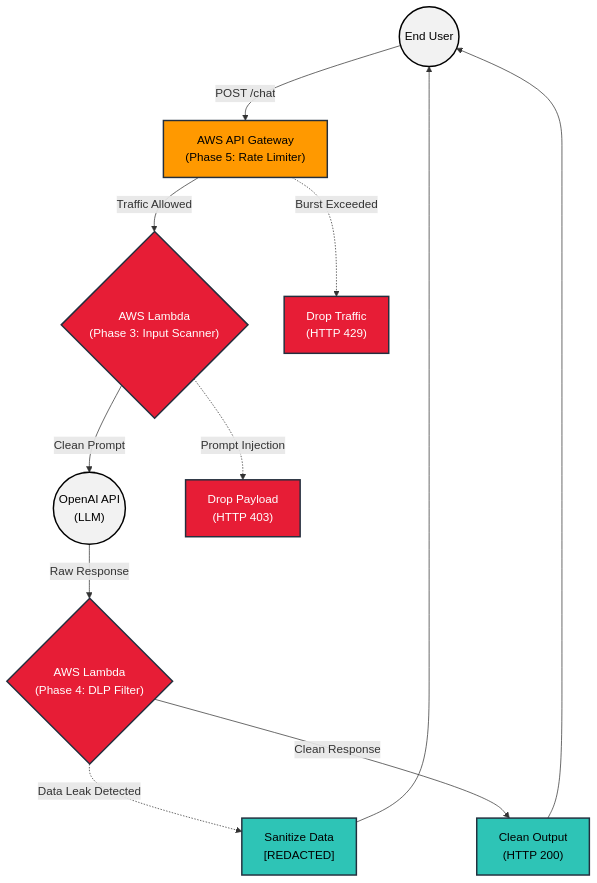
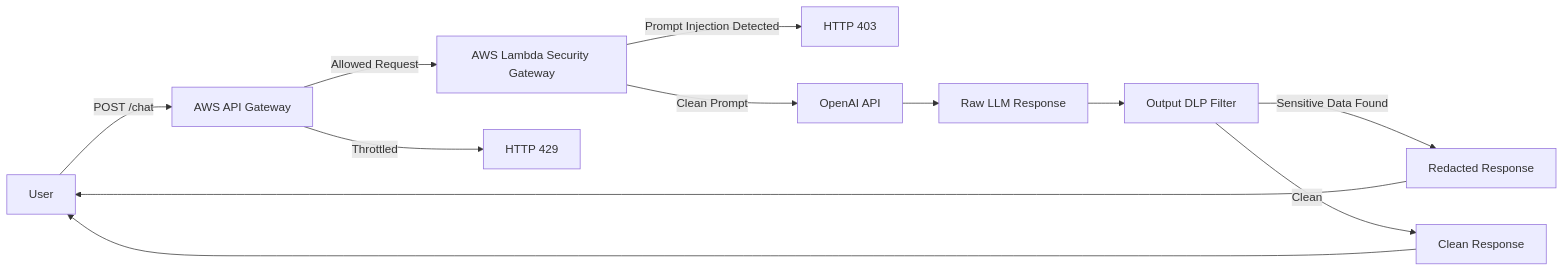
One commit to PeteAndrews1289/llm-security-gateway changed the diagram in README.md. Above: the diagram before and after it, drawn with Mermaid. The commit also changed other lines of this file, not shown here.

````diff
--- a/README.md
+++ b/README.md
@@ -14,37 +27,14 @@
- ```mermaid
-graph TD
-    %% Define Styles
-    classDef aws fill:#FF9900,stroke:#232F3E,stroke-width:2px,color:black;
-    classDef security fill:#E71D36,stroke:#232F3E,stroke-width:2px,color:white;
-    classDef safe fill:#2EC4B6,stroke:#232F3E,stroke-width:2px,color:black;
-    classDef external fill:#F2F2F2,stroke:#000000,stroke-width:2px,color:black;
-
-    %% Nodes
-    User((End User)):::external
-    APIGW["AWS API Gateway<br/>(Phase 5: Rate Limiter)"]:::aws
-    LambdaIn{"AWS Lambda<br/>(Phase 3: Input Scanner)"}:::security
-    OpenAI(("OpenAI API<br/>(LLM)")):::external
-    LambdaOut{"AWS Lambda<br/>(Phase 4: DLP Filter)"}:::security
-    
-    %% Attack/Fail Paths
-    DoW["Drop Traffic<br/>(HTTP 429)"]:::security
-    Block["Drop Payload<br/>(HTTP 403)"]:::security
-    Redact["Sanitize Data<br/>[REDACTED]"]:::safe
-    Success["Clean Output<br/>(HTTP 200)"]:::safe
-
-    %% Routing
-    User -->|POST /chat| APIGW
-    APIGW -.->|Burst Exceeded| DoW
-    APIGW -->|Traffic Allowed| LambdaIn
-    
-    LambdaIn -.->|Prompt Injection| Block
-    LambdaIn -->|Clean Prompt| OpenAI
-    
-    OpenAI -->|Raw Response| LambdaOut
-    
-    LambdaOut -.->|Data Leak Detected| Redact
-    LambdaOut -->|Clean Response| Success
-
-    Redact --> User
+```mermaid
+flowchart LR
+    User[User] -->|POST /chat| APIGW[AWS API Gateway]
+    APIGW -->|Allowed Request| Lambda[AWS Lambda Security Gateway]
+    APIGW -->|Throttled| RateLimit[HTTP 429]
+    Lambda -->|Prompt Injection Detected| Block[HTTP 403]
+    Lambda -->|Clean Prompt| LLM[OpenAI API]
+    LLM --> Raw[Raw LLM Response]
+    Raw --> DLP[Output DLP Filter]
+    DLP -->|Sensitive Data Found| Redacted[Redacted Response]
+    DLP -->|Clean| Success[Clean Response]
+    Redacted --> User
     Success --> User
 ```
````
